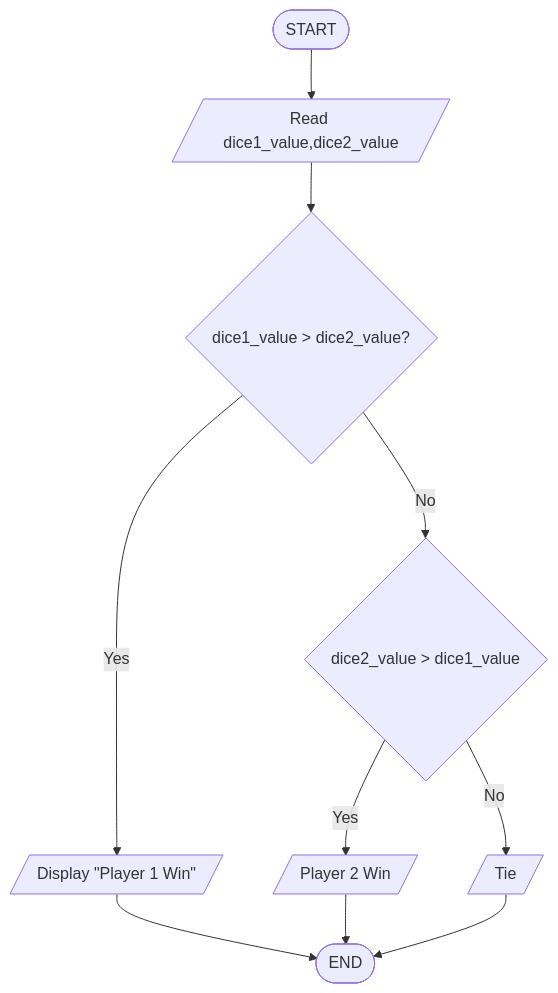
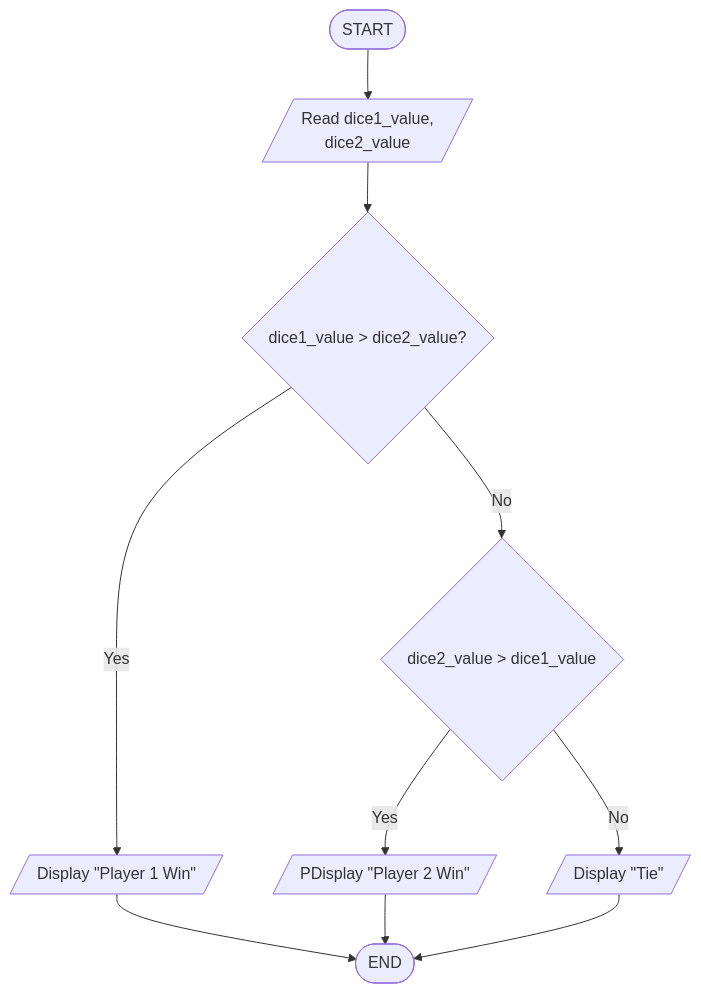
Before and after one commit to Tay25006739/WIX1002_W02_Tutorial_1: the fourth of 12 diagrams in README.md, drawn with Mermaid. The commit also changed other lines of this file, not shown here.

Commit message:
Realign flow chart, making words visible

````diff
--- a/README.md
+++ b/README.md
@@ -105,14 +105,14 @@
 ```mermaid
 flowchart TD
-    A([START]) --> B[/Read dice1_value,dice2_value/]
+    A([START]) --> B[/Read dice1_value,<br> dice2_value/]
     B --> C{dice1_value > dice2_value?}
     C --> |Yes| D[/Display "Player 1 Win"/]
     C --> |No| E{dice2_value > dice1_value}
     D --> H([END])
-    E --> |Yes| F[/Player 2 Win/]
-    E --> |No| G[/Tie/]
+    E --> |Yes| F[/PDisplay "Player 2 Win" /]
+    E --> |No| G[/Display "Tie"/]
     F --> H
     G --> H
 
     
 ```
````
